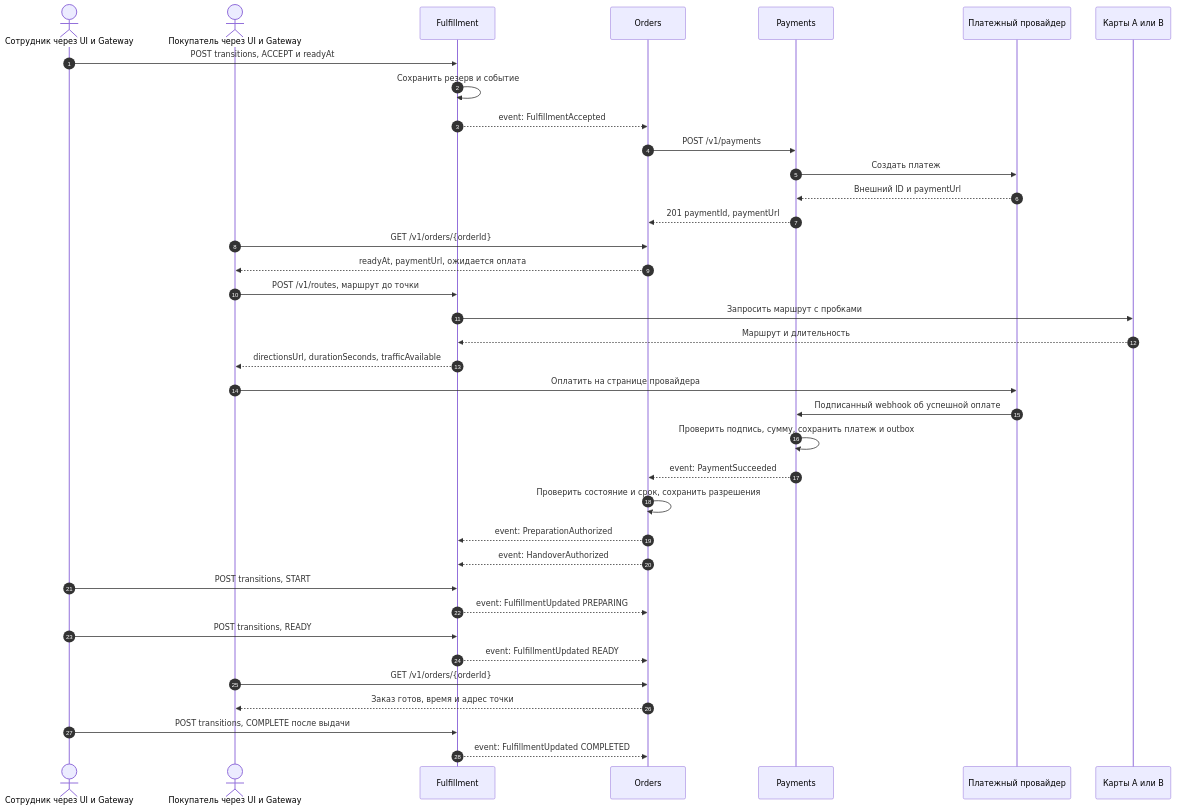
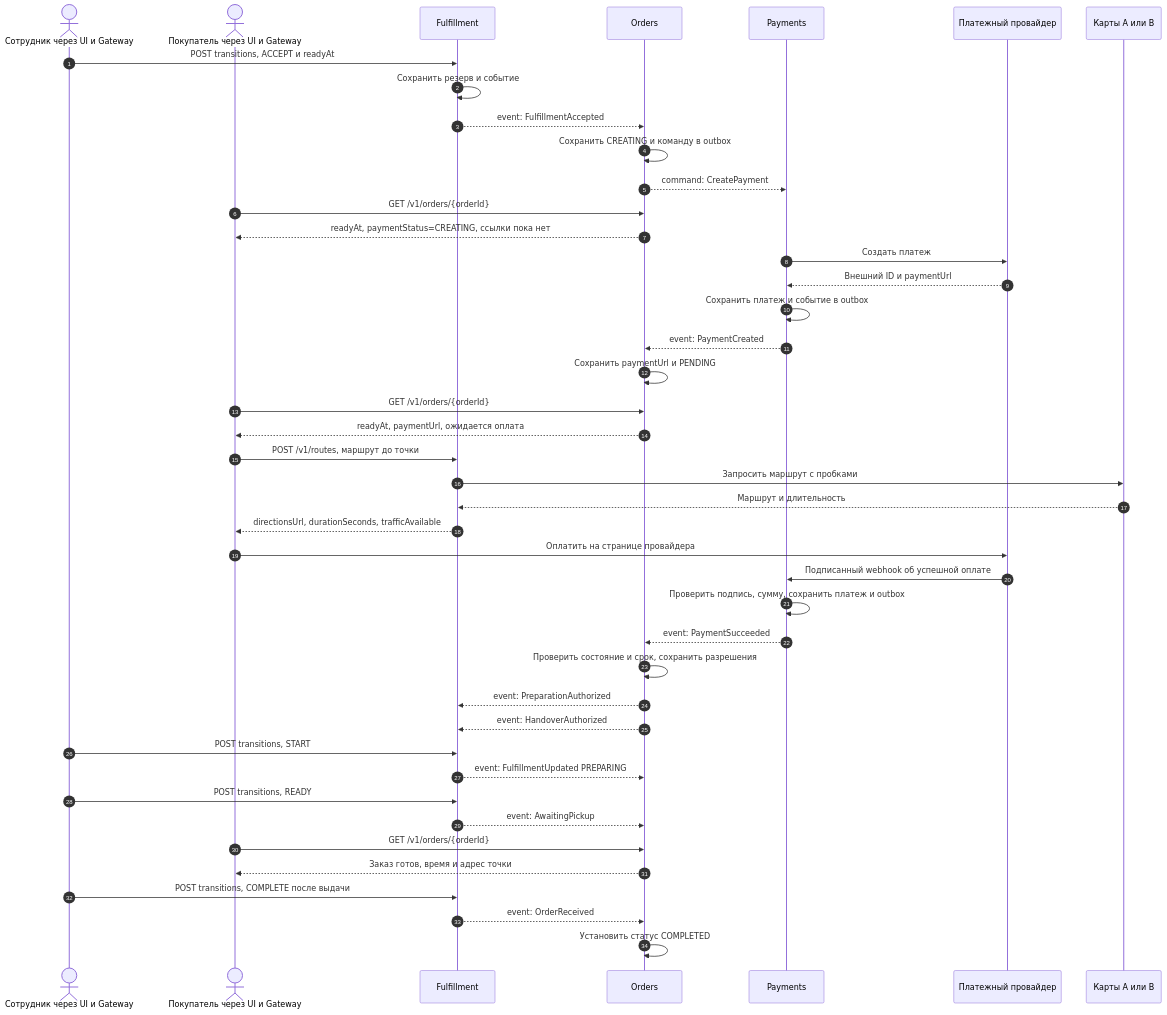
Before and after one commit to paulrozhkin/otus-microservices-homework: the second of 4 diagrams in homework-01/docs/processes.md, drawn with Mermaid. The commit also changed other lines of this file and 2 other files, not shown here.

````diff
--- a/homework-01/docs/processes.md
+++ b/homework-01/docs/processes.md
@@ -37,39 +37,45 @@
 ```mermaid
 sequenceDiagram
     autonumber
     actor S as Сотрудник через UI и Gateway
     actor C as Покупатель через UI и Gateway
     participant F as Fulfillment
     participant O as Orders
     participant P as Payments
     participant X as Платежный провайдер
     participant Maps as Карты A или B
     S->>F: POST transitions, ACCEPT и readyAt
     F->>F: Сохранить резерв и событие
     F-->>O: event: FulfillmentAccepted
-    O->>P: POST /v1/payments
+    O->>O: Сохранить CREATING и команду в outbox
+    O-->>P: command: CreatePayment
+    C->>O: GET /v1/orders/{orderId}
+    O-->>C: readyAt, paymentStatus=CREATING, ссылки пока нет
     P->>X: Создать платеж
     X-->>P: Внешний ID и paymentUrl
-    P-->>O: 201 paymentId, paymentUrl
+    P->>P: Сохранить платеж и событие в outbox
+    P-->>O: event: PaymentCreated
+    O->>O: Сохранить paymentUrl и PENDING
     C->>O: GET /v1/orders/{orderId}
     O-->>C: readyAt, paymentUrl, ожидается оплата
     C->>F: POST /v1/routes, маршрут до точки
     F->>Maps: Запросить маршрут с пробками
     Maps-->>F: Маршрут и длительность
     F-->>C: directionsUrl, durationSeconds, trafficAvailable
     C->>X: Оплатить на странице провайдера
     X->>P: Подписанный webhook об успешной оплате
     P->>P: Проверить подпись, сумму, сохранить платеж и outbox
     P-->>O: event: PaymentSucceeded
     O->>O: Проверить состояние и срок, сохранить разрешения
     O-->>F: event: PreparationAuthorized
     O-->>F: event: HandoverAuthorized
     S->>F: POST transitions, START
     F-->>O: event: FulfillmentUpdated PREPARING
     S->>F: POST transitions, READY
-    F-->>O: event: FulfillmentUpdated READY
+    F-->>O: event: AwaitingPickup
     C->>O: GET /v1/orders/{orderId}
     O-->>C: Заказ готов, время и адрес точки
     S->>F: POST transitions, COMPLETE после выдачи
-    F-->>O: event: FulfillmentUpdated COMPLETED
+    F-->>O: event: OrderReceived
+    O->>O: Установить статус COMPLETED
 ```
````
